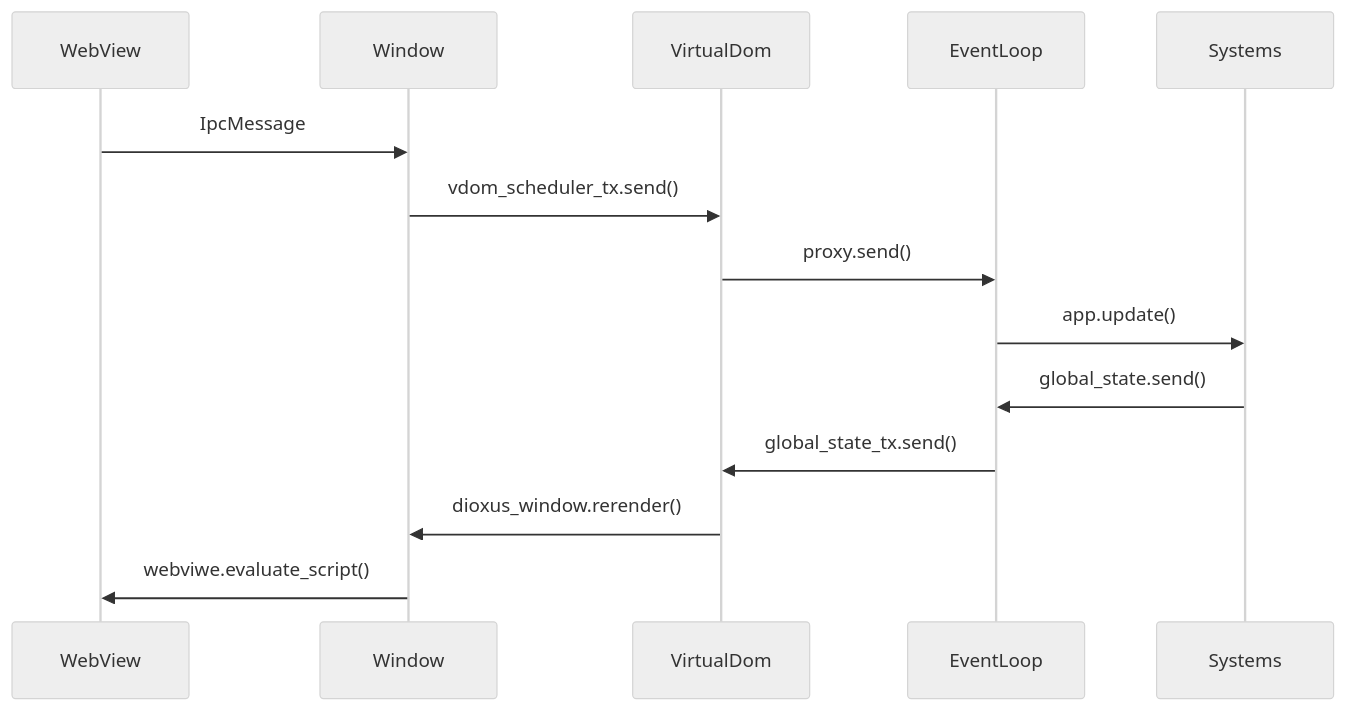
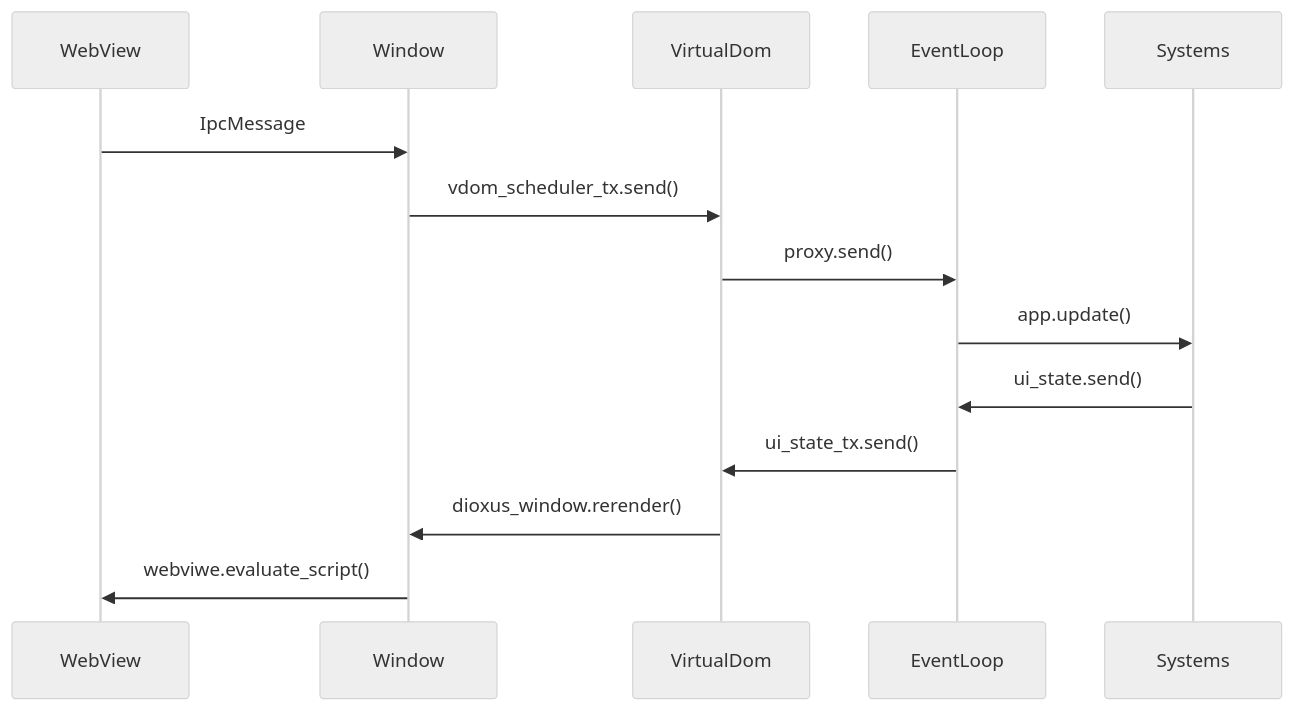
Before and after one commit to Marlboro11526/dip: the first of 4 diagrams in packages/website/content/docs/architecture/overview.md, drawn with Mermaid (neutral theme). The commit also changed other lines of this file and 36 other files, not shown here.

````diff
--- a/packages/website/content/docs/architecture/overview.md
+++ b/packages/website/content/docs/architecture/overview.md
@@ -14,18 +14,18 @@
 ```mermaid
 sequenceDiagram
     participant WebView
     participant Window
     participant VirtualDom
     participant EventLoop
     participant Systems
 
     WebView ->> Window: IpcMessage
     Window ->> VirtualDom: vdom_scheduler_tx.send()
     VirtualDom ->> EventLoop: proxy.send()
     EventLoop ->> Systems: app.update()
 
-    Systems ->> EventLoop: global_state.send()
-    EventLoop ->> VirtualDom: global_state_tx.send()
+    Systems ->> EventLoop: ui_state.send()
+    EventLoop ->> VirtualDom: ui_state_tx.send()
     VirtualDom ->> Window: dioxus_window.rerender()
     Window ->> WebView: webviwe.evaluate_script()
 ```
````
